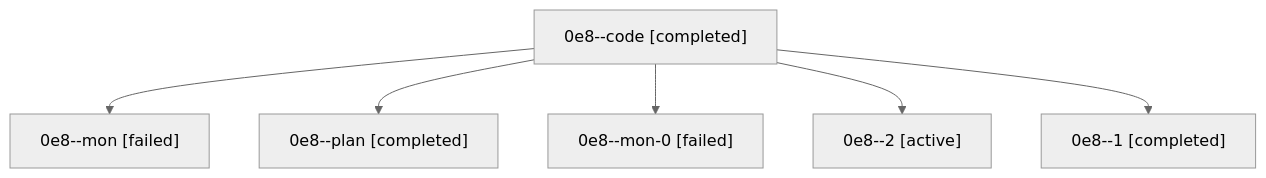
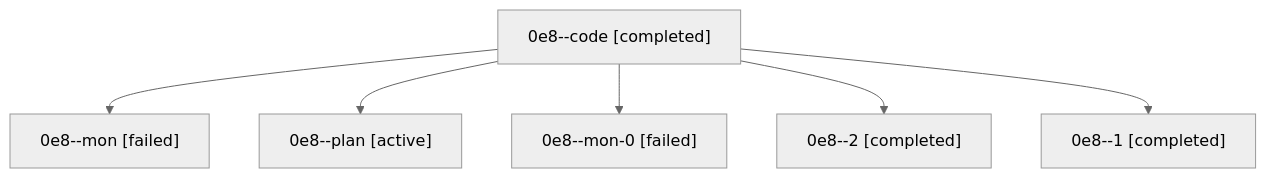
Before and after one commit to sase-org/sase--agents: the diagram in families/bbugyi200.athena.0e8.md, drawn with Mermaid (neutral theme). The commit also changed other lines of this file and 35830 other files, not shown here.

````diff
--- a/families/bbugyi200.athena.0e8.md
+++ b/families/bbugyi200.athena.0e8.md
@@ -9,14 +9,14 @@
 ```mermaid
 flowchart TD
   n0["0e8--code [completed]"]
   n1["0e8--mon [failed]"]
   n0 --> n1
-  n2["0e8--plan [completed]"]
+  n2["0e8--plan [active]"]
   n0 --> n2
   n3["0e8--mon-0 [failed]"]
   n0 --> n3
-  n4["0e8--2 [active]"]
+  n4["0e8--2 [completed]"]
   n0 --> n4
   n5["0e8--1 [completed]"]
   n0 --> n5
 ```
````
